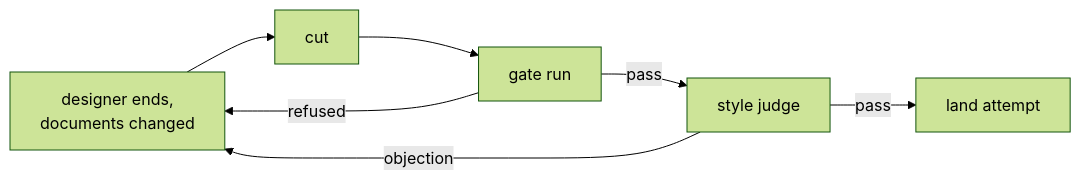
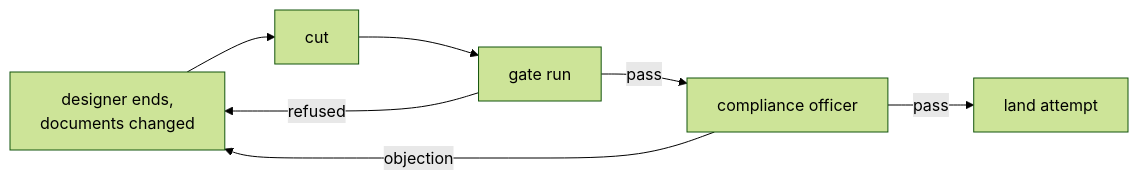
One commit to mschulkind-oss/tillr changed the diagram in docs/design/tillr-design-document-check.md. Above: the diagram before and after it, drawn with Mermaid (forest theme). The commit also changed other lines of this file and 3 other files, not shown here.

First line of the commit message:
docs(tillr): record the owner's three rulings on the compliance officer and make it take a policy

````diff
--- a/docs/design/tillr-design-document-check.md
+++ b/docs/design/tillr-design-document-check.md
@@ -239,9 +280,9 @@
 ```mermaid
 flowchart LR
     D[designer ends,<br/>documents changed] --> C[cut]
     C --> G[gate run]
     G -- refused --> D
-    G -- pass --> J[style judge]
+    G -- pass --> J[compliance officer]
     J -- objection --> D
     J -- pass --> L[land attempt]
 ```
````
